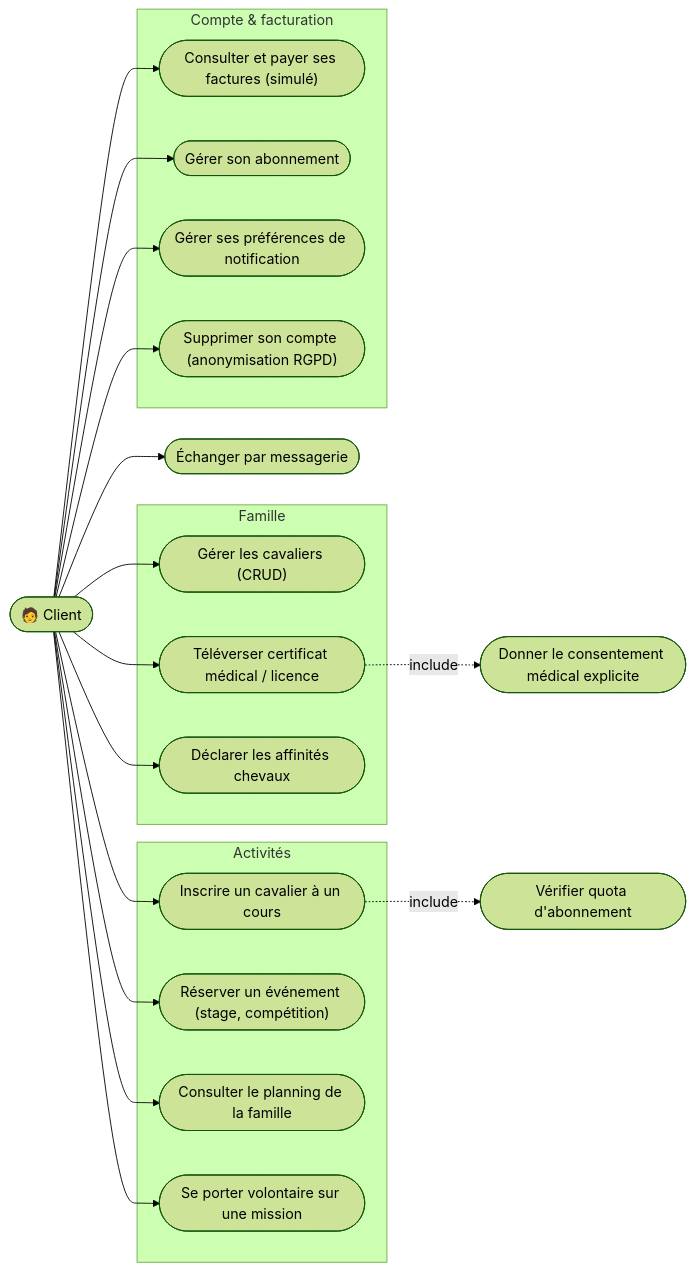
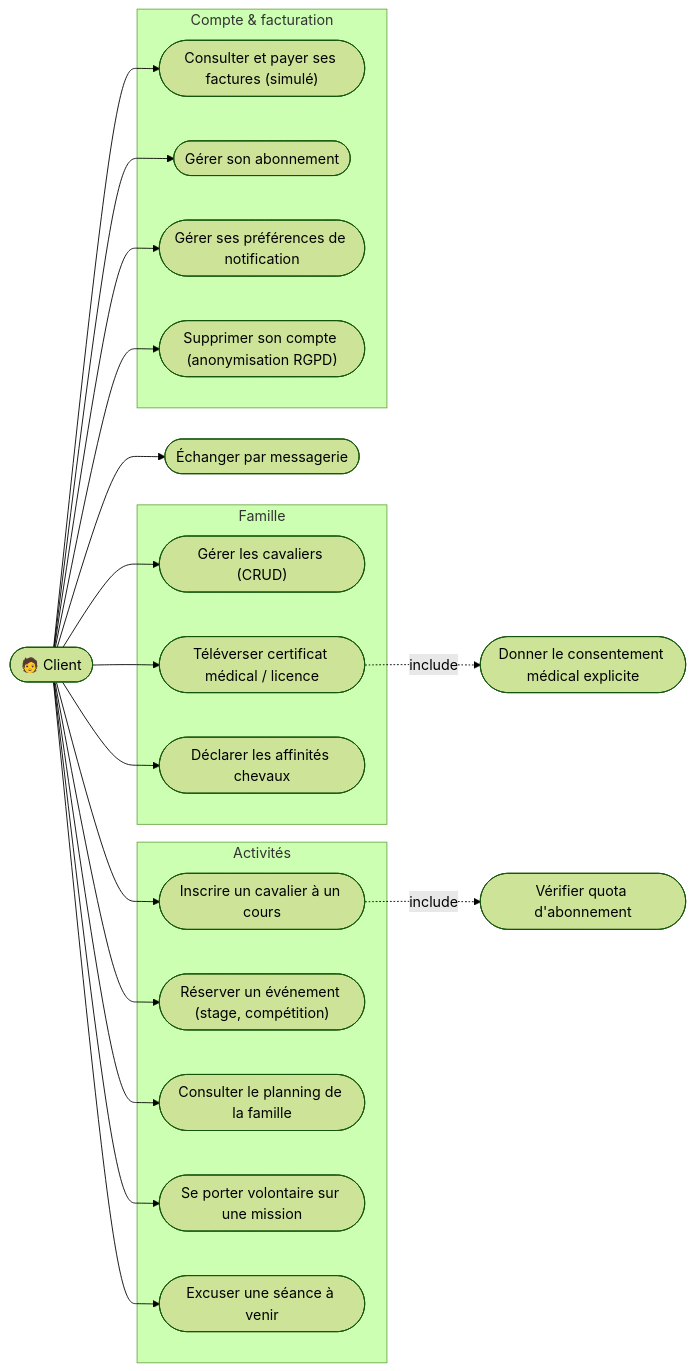
One commit to Floxde99/Equime changed the second of 4 diagrams in docs/uml/cas-utilisation.md. Above: the diagram before and after it, drawn with Mermaid (forest theme). The commit also changed other lines of this file and 14 other files, not shown here.

````diff
--- a/docs/uml/cas-utilisation.md
+++ b/docs/uml/cas-utilisation.md
@@ -21,30 +21,31 @@
 ```mermaid
 flowchart LR
     C(["🧑 Client"])
 
     subgraph Famille
         F1(["Gérer les cavaliers (CRUD)"])
         F2(["Téléverser certificat médical / licence"])
         F3(["Déclarer les affinités chevaux"])
     end
     subgraph Activités
         A1(["Inscrire un cavalier à un cours"])
         A2(["Réserver un événement (stage, compétition)"])
         A3(["Consulter le planning de la famille"])
         A4(["Se porter volontaire sur une mission"])
+        A5(["Excuser une séance à venir"])
     end
     subgraph "Compte & facturation"
         B1(["Consulter et payer ses factures (simulé)"])
         B2(["Gérer son abonnement"])
         B3(["Gérer ses préférences de notification"])
         B4(["Supprimer son compte (anonymisation RGPD)"])
     end
     M1(["Échanger par messagerie"])
 
     C --> F1 & F2 & F3
-    C --> A1 & A2 & A3 & A4
+    C --> A1 & A2 & A3 & A4 & A5
     C --> B1 & B2 & B3 & B4
     C --> M1
     F2 -.->|include| F2b(["Donner le consentement médical explicite"])
     A1 -.->|include| A1b(["Vérifier quota d'abonnement"])
 ```
````
